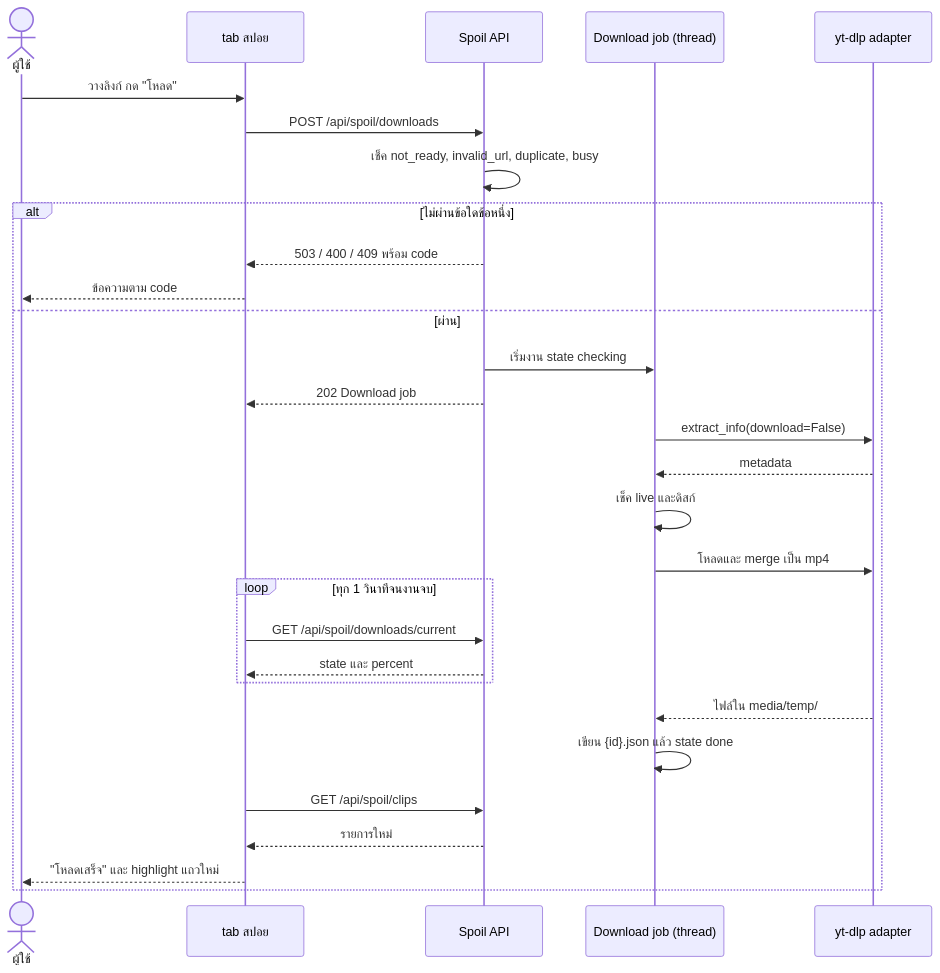
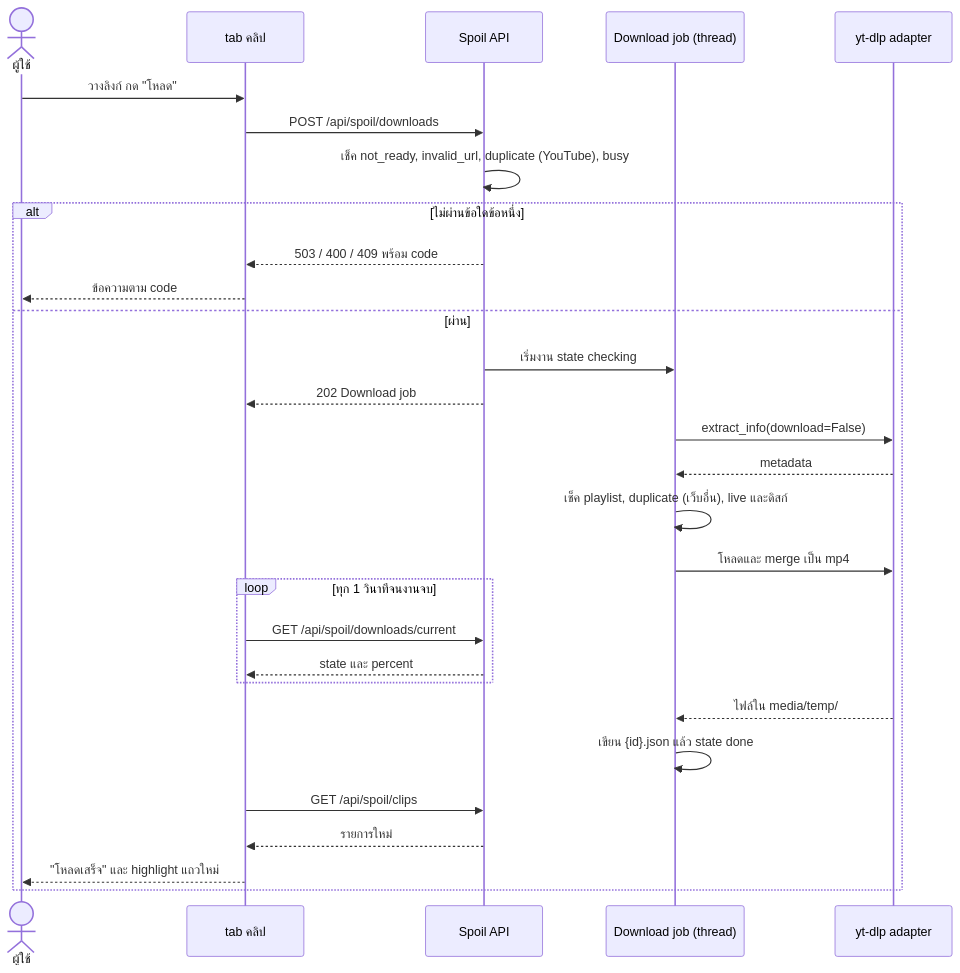
Before and after one commit to mousemouse094526/framecraft: the first of 6 diagrams in docs/features/spoil/flow.md, drawn with Mermaid. The commit also changed other lines of this file and 507 other files, not shown here.

````diff
--- a/docs/features/spoil/flow.md
+++ b/docs/features/spoil/flow.md
@@ -11,32 +15,32 @@
 ```mermaid
 sequenceDiagram
     actor U as ผู้ใช้
-    participant W as tab สปอย
+    participant W as tab คลิป
     participant A as Spoil API
     participant J as Download job (thread)
     participant Y as yt-dlp adapter
 
     U->>W: วางลิงก์ กด "โหลด"
     W->>A: POST /api/spoil/downloads
-    A->>A: เช็ค not_ready, invalid_url, duplicate, busy
+    A->>A: เช็ค not_ready, invalid_url, duplicate (YouTube), busy
     alt ไม่ผ่านข้อใดข้อหนึ่ง
         A-->>W: 503 / 400 / 409 พร้อม code
         W-->>U: ข้อความตาม code
     else ผ่าน
         A->>J: เริ่มงาน state checking
         A-->>W: 202 Download job
         J->>Y: extract_info(download=False)
         Y-->>J: metadata
-        J->>J: เช็ค live และดิสก์
+        J->>J: เช็ค playlist, duplicate (เว็บอื่น), live และดิสก์
         J->>Y: โหลดและ merge เป็น mp4
         loop ทุก 1 วินาทีจนงานจบ
             W->>A: GET /api/spoil/downloads/current
             A-->>W: state และ percent
         end
         Y-->>J: ไฟล์ใน media/temp/
         J->>J: เขียน {id}.json แล้ว state done
         W->>A: GET /api/spoil/clips
         A-->>W: รายการใหม่
         W-->>U: "โหลดเสร็จ" และ highlight แถวใหม่
     end
 ```
````
